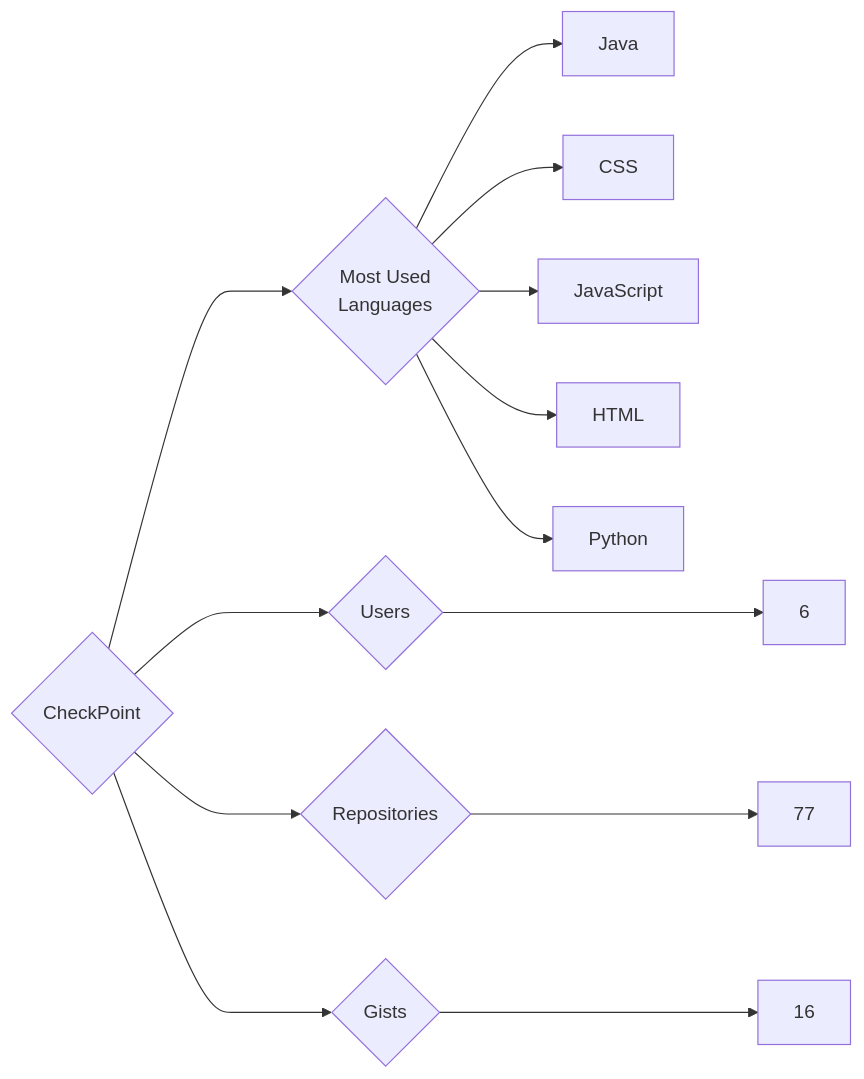
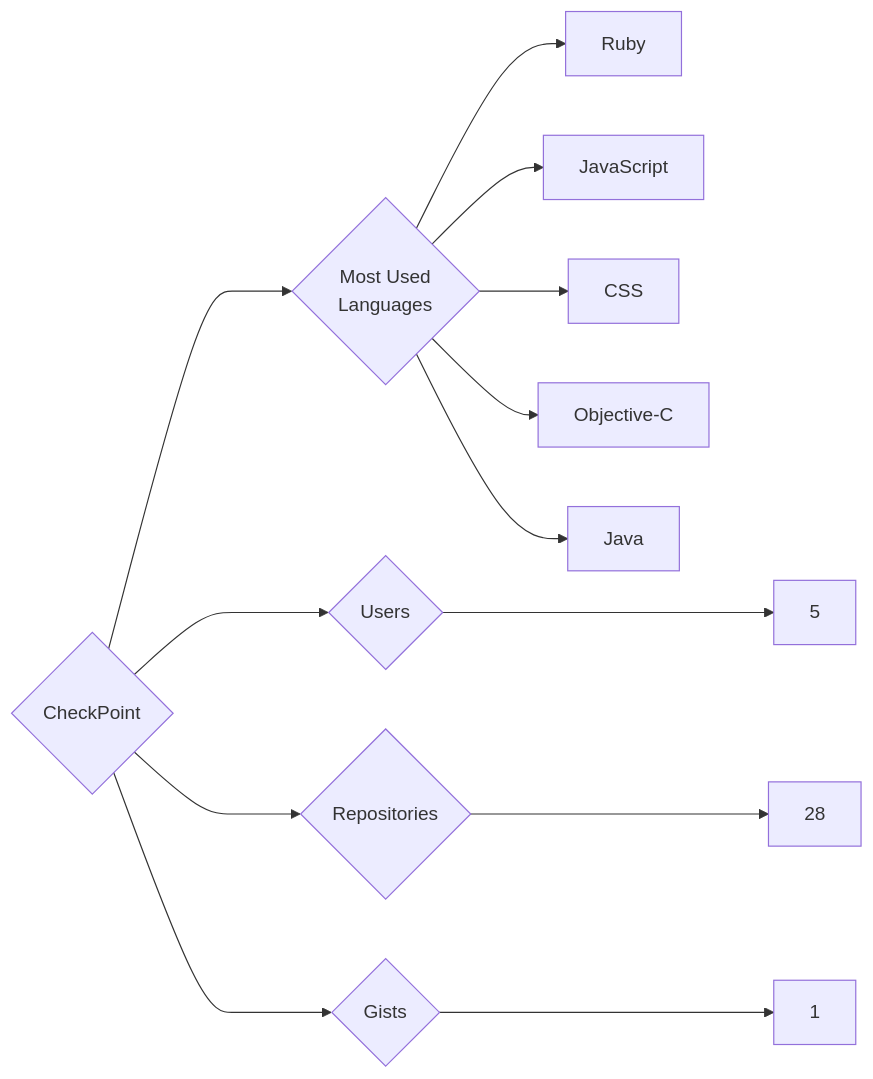
Before and after one commit to trickest/insiders: the diagram in targets/CheckPoint/README.md, drawn with Mermaid. The commit also changed 714 other files, not shown here.

````diff
--- a/targets/CheckPoint/README.md
+++ b/targets/CheckPoint/README.md
@@ -3,13 +3,13 @@
 ```mermaid
 graph LR
 COMPANY_NAME{CheckPoint}
-COMPANY_NAME ---> U{Users} ---> UN[6]
-COMPANY_NAME ---> R{Repositories} ---> RN[77]
-COMPANY_NAME ---> G{Gists} ---> GN[16]
+COMPANY_NAME ---> U{Users} ---> UN[5]
+COMPANY_NAME ---> R{Repositories} ---> RN[28]
+COMPANY_NAME ---> G{Gists} ---> GN[1]
 COMPANY_NAME ---> ML{Most Used<br>Languages}
+ML --> Ruby[Ruby]
+ML --> JavaScript[JavaScript]
+ML --> CSS[CSS]
+ML --> Objective-C[Objective-C]
 ML --> Java[Java]
-ML --> CSS[CSS]
-ML --> JavaScript[JavaScript]
-ML --> HTML[HTML]
-ML --> Python[Python]
 ```
````
